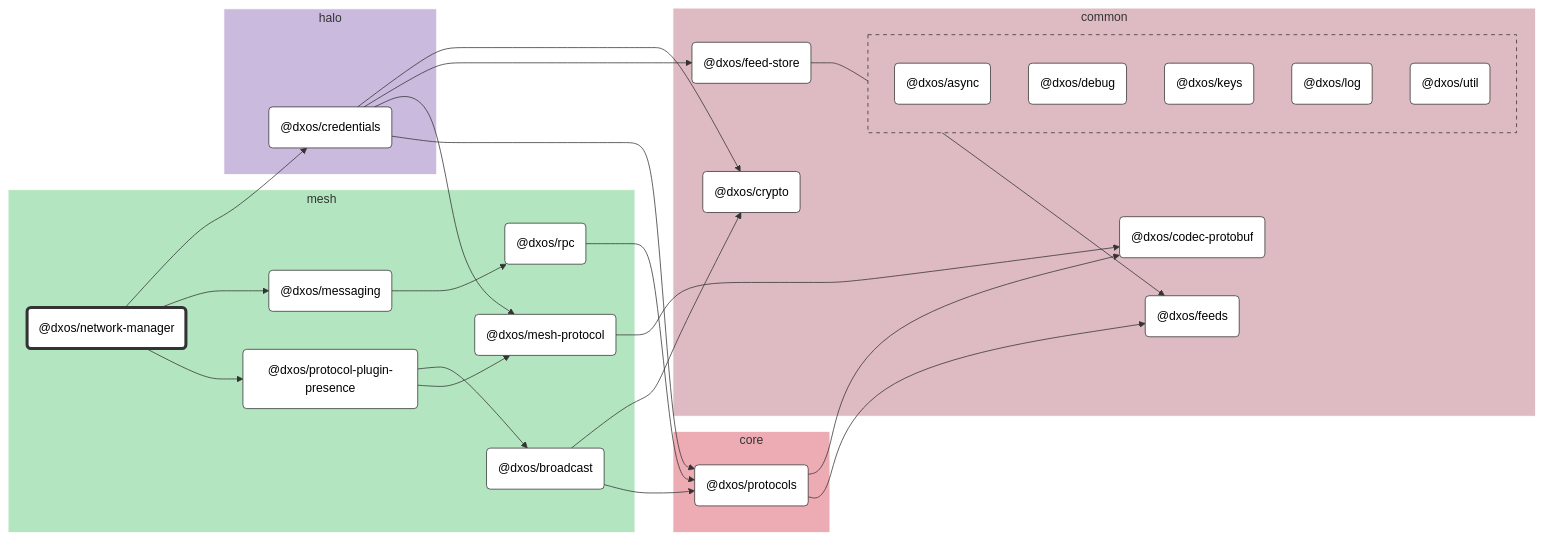
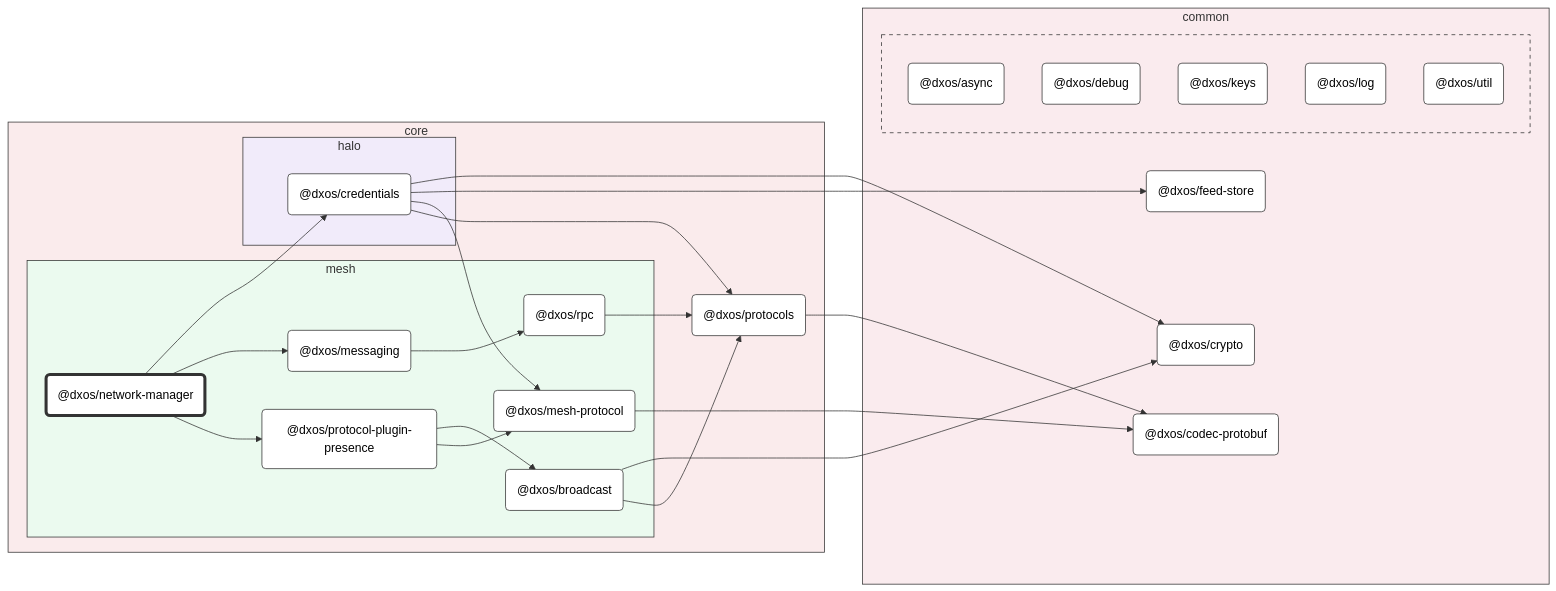
One commit to dxos/dxos changed the diagram in packages/core/mesh/network-manager/docs/README.md. Above: the diagram before and after it, drawn with Mermaid (forest theme). The commit also changed other lines of this file and 93 other files, not shown here.

First line of the commit message:
chore: hierarchical graphs. (#1583)

```diff
--- a/packages/core/mesh/network-manager/docs/README.md
+++ b/packages/core/mesh/network-manager/docs/README.md
@@ -15,35 +15,45 @@
 
 %% Nodes
 
-subgraph mesh [mesh]
-  style mesh fill:#b3e6c0,stroke:#fff
-  dxos/network-manager("@dxos/network-manager"):::root
-  click dxos/network-manager "dxos/dxos/tree/main/packages/core/mesh/network-manager/docs"
-  dxos/mesh-protocol("@dxos/mesh-protocol"):::def
-  click dxos/mesh-protocol "dxos/dxos/tree/main/packages/core/mesh/mesh-protocol/docs"
-  dxos/messaging("@dxos/messaging"):::def
-  click dxos/messaging "dxos/dxos/tree/main/packages/core/mesh/messaging/docs"
-  dxos/rpc("@dxos/rpc"):::def
-  click dxos/rpc "dxos/dxos/tree/main/packages/core/mesh/rpc/docs"
-  dxos/protocol-plugin-presence("@dxos/protocol-plugin-presence"):::def
-  click dxos/protocol-plugin-presence "dxos/dxos/tree/main/packages/core/mesh/protocol-plugin-presence/docs"
-  dxos/broadcast("@dxos/broadcast"):::def
-  click dxos/broadcast "dxos/dxos/tree/main/packages/core/mesh/broadcast/docs"
+subgraph core [core]
+  style core fill:#faebec,stroke:#333
+  dxos/protocols("@dxos/protocols"):::def
+  click dxos/protocols "dxos/dxos/tree/main/packages/core/protocols/docs"
+
+  subgraph mesh [mesh]
+    style mesh fill:#ebfaef,stroke:#333
+    dxos/network-manager("@dxos/network-manager"):::root
+    click dxos/network-manager "dxos/dxos/tree/main/packages/core/mesh/network-manager/docs"
+    dxos/mesh-protocol("@dxos/mesh-protocol"):::def
+    click dxos/mesh-protocol "dxos/dxos/tree/main/packages/core/mesh/mesh-protocol/docs"
+    dxos/messaging("@dxos/messaging"):::def
+    click dxos/messaging "dxos/dxos/tree/main/packages/core/mesh/messaging/docs"
+    dxos/rpc("@dxos/rpc"):::def
+    click dxos/rpc "dxos/dxos/tree/main/packages/core/mesh/rpc/docs"
+    dxos/protocol-plugin-presence("@dxos/protocol-plugin-presence"):::def
+    click dxos/protocol-plugin-presence "dxos/dxos/tree/main/packages/core/mesh/protocol-plugin-presence/docs"
+    dxos/broadcast("@dxos/broadcast"):::def
+    click dxos/broadcast "dxos/dxos/tree/main/packages/core/mesh/broadcast/docs"
+  end
+
+  subgraph halo [halo]
+    style halo fill:#f1ebfa,stroke:#333
+    dxos/credentials("@dxos/credentials"):::def
+    click dxos/credentials "dxos/dxos/tree/main/packages/core/halo/credentials/docs"
+  end
 end
 
 subgraph common [common]
-  style common fill:#debac2,stroke:#fff
+  style common fill:#faebee,stroke:#333
   dxos/codec-protobuf("@dxos/codec-protobuf"):::def
   click dxos/codec-protobuf "dxos/dxos/tree/main/packages/common/codec-protobuf/docs"
   dxos/crypto("@dxos/crypto"):::def
   click dxos/crypto "dxos/dxos/tree/main/packages/common/crypto/docs"
   dxos/feed-store("@dxos/feed-store"):::def
   click dxos/feed-store "dxos/dxos/tree/main/packages/common/feed-store/docs"
-  dxos/feeds("@dxos/feeds"):::def
-  click dxos/feeds "dxos/dxos/tree/main/packages/common/feeds/docs"
 
-  subgraph common-excluded [ ]
-    style common-excluded fill:#debac2,stroke:#333,stroke-dasharray:5 5
+  subgraph _ [ ]
+    style _ fill:#faebee,stroke:#333,stroke-dasharray:5 5
     dxos/async("@dxos/async"):::def
     click dxos/async "dxos/dxos/tree/main/packages/common/async/docs"
     dxos/debug("@dxos/debug"):::def
@@ -57,29 +67,15 @@
   end
 end
 
-subgraph halo [halo]
-  style halo fill:#cabade,stroke:#fff
-  dxos/credentials("@dxos/credentials"):::def
-  click dxos/credentials "dxos/dxos/tree/main/packages/core/halo/credentials/docs"
-end
-
-subgraph core [core]
-  style core fill:#edabb3,stroke:#fff
-  dxos/protocols("@dxos/protocols"):::def
-  click dxos/protocols "dxos/dxos/tree/main/packages/core/protocols/docs"
-end
-
 %% Links
 linkStyle default stroke:#333,stroke-width:1px
 dxos/network-manager --> dxos/credentials
 dxos/credentials --> dxos/crypto
 dxos/credentials --> dxos/feed-store
-dxos/feed-store --> dxos/feeds
 dxos/credentials --> dxos/mesh-protocol
 dxos/mesh-protocol --> dxos/codec-protobuf
 dxos/credentials --> dxos/protocols
 dxos/protocols --> dxos/codec-protobuf
-dxos/protocols --> dxos/feeds
 dxos/network-manager --> dxos/messaging
 dxos/messaging --> dxos/rpc
 dxos/rpc --> dxos/protocols
```
